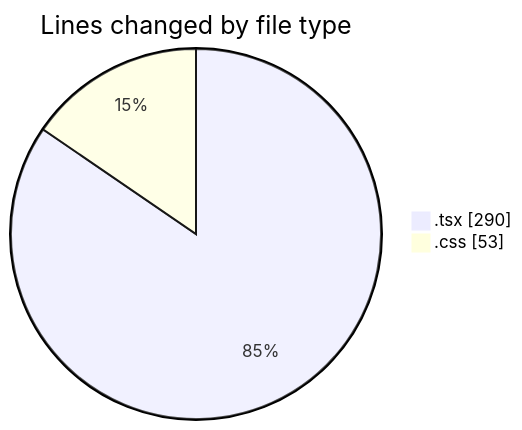
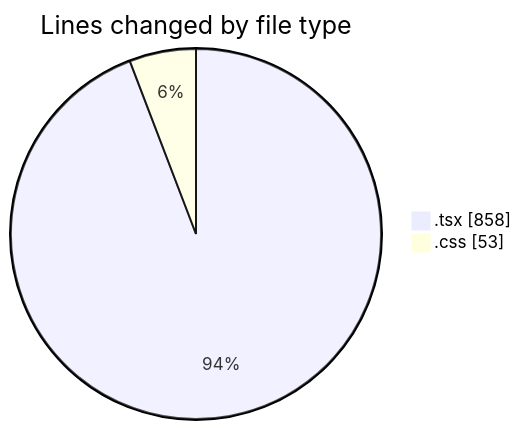
Before and after one commit to Elitesun/code-tracking: the first of 2 diagrams in 2025-04-12/product-page/README.md, drawn with Mermaid. The commit also changed other lines of this file and 1 other file, not shown here.

````diff
--- a/2025-04-12/product-page/README.md
+++ b/2025-04-12/product-page/README.md
@@ -23,6 +27,6 @@
 ```mermaid
 pie showData
 title Lines changed by file type
-".tsx" : 290
+".tsx" : 858
 ".css" : 53
 ```
````
